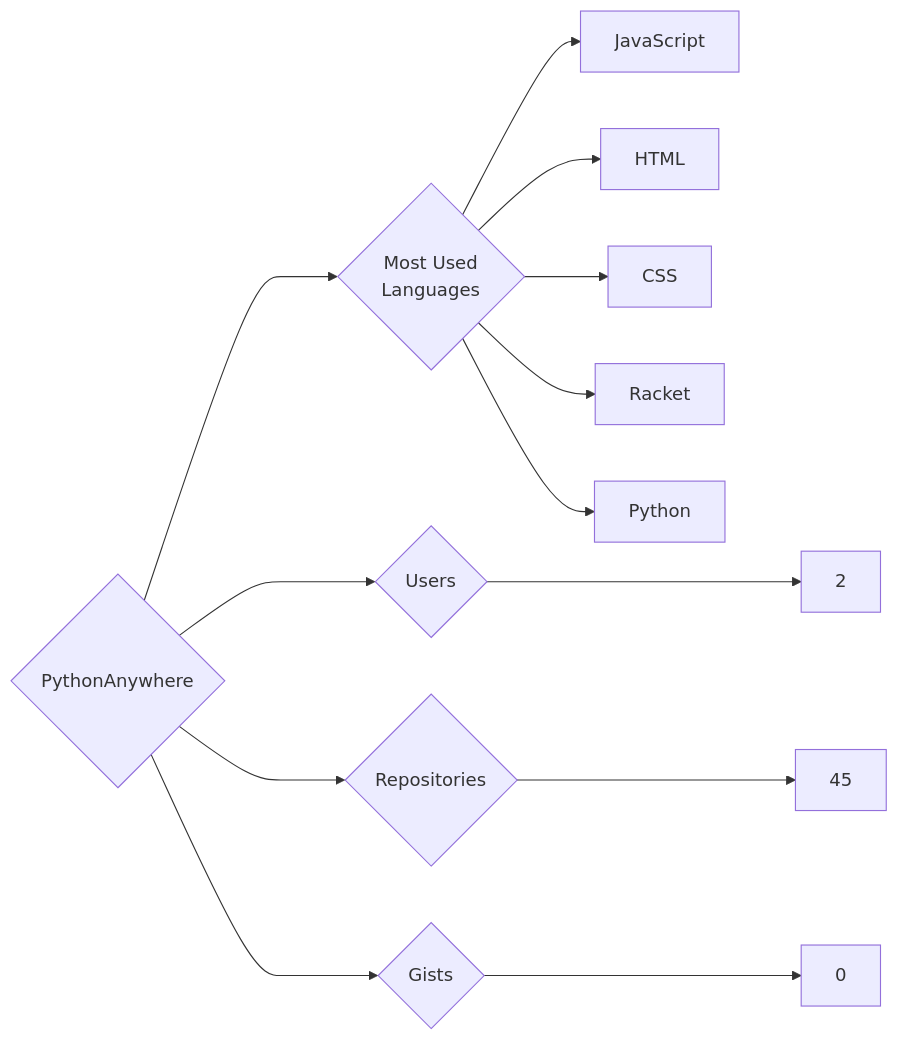
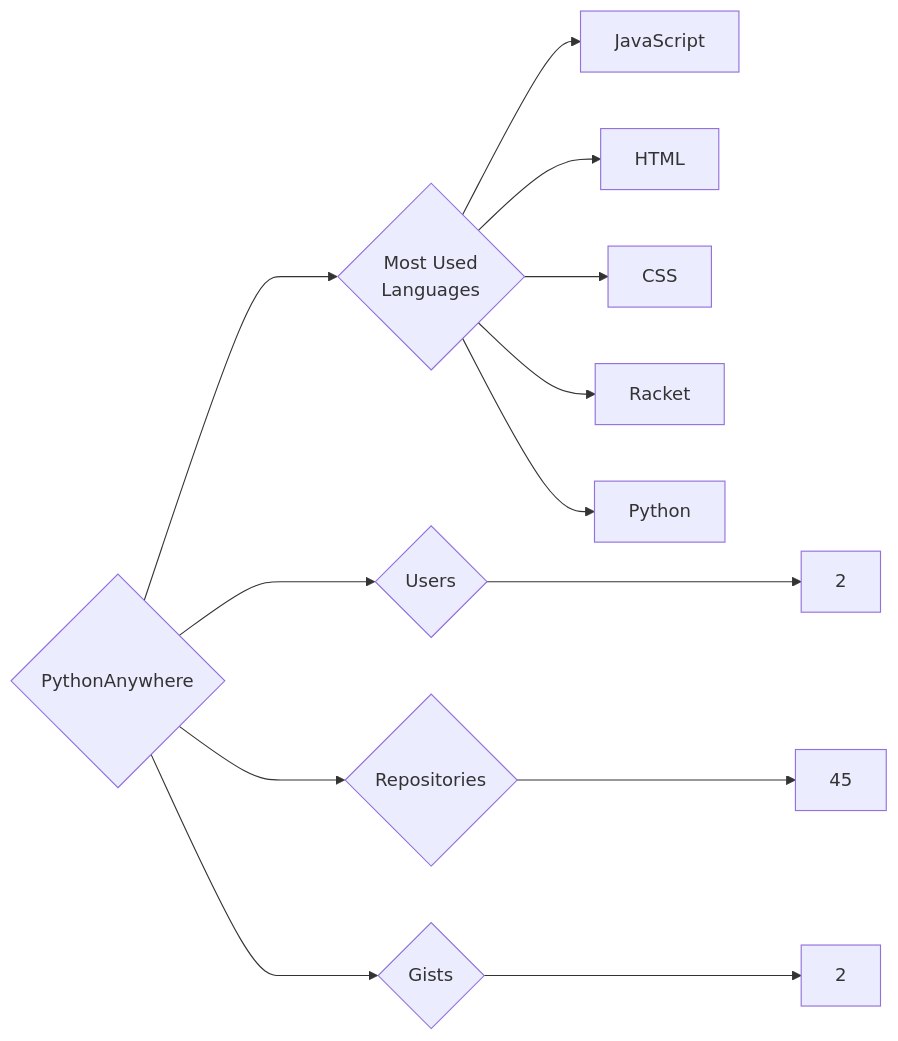
One commit to trickest/insiders changed the diagram in targets/PythonAnywhere/README.md. Above: the diagram before and after it, drawn with Mermaid. The commit also changed 997 other files, not shown here.

````diff
--- a/targets/PythonAnywhere/README.md
+++ b/targets/PythonAnywhere/README.md
@@ -3,13 +3,13 @@
 ```mermaid
 graph LR
 COMPANY_NAME{PythonAnywhere}
 COMPANY_NAME ---> U{Users} ---> UN[2]
 COMPANY_NAME ---> R{Repositories} ---> RN[45]
-COMPANY_NAME ---> G{Gists} ---> GN[0]
+COMPANY_NAME ---> G{Gists} ---> GN[2]
 COMPANY_NAME ---> ML{Most Used<br>Languages}
-ML --> JavaScript
-ML --> HTML
-ML --> CSS
-ML --> Racket
-ML --> Python
+ML --> JavaScript[JavaScript]
+ML --> HTML[HTML]
+ML --> CSS[CSS]
+ML --> Racket[Racket]
+ML --> Python[Python]
 ```
````
